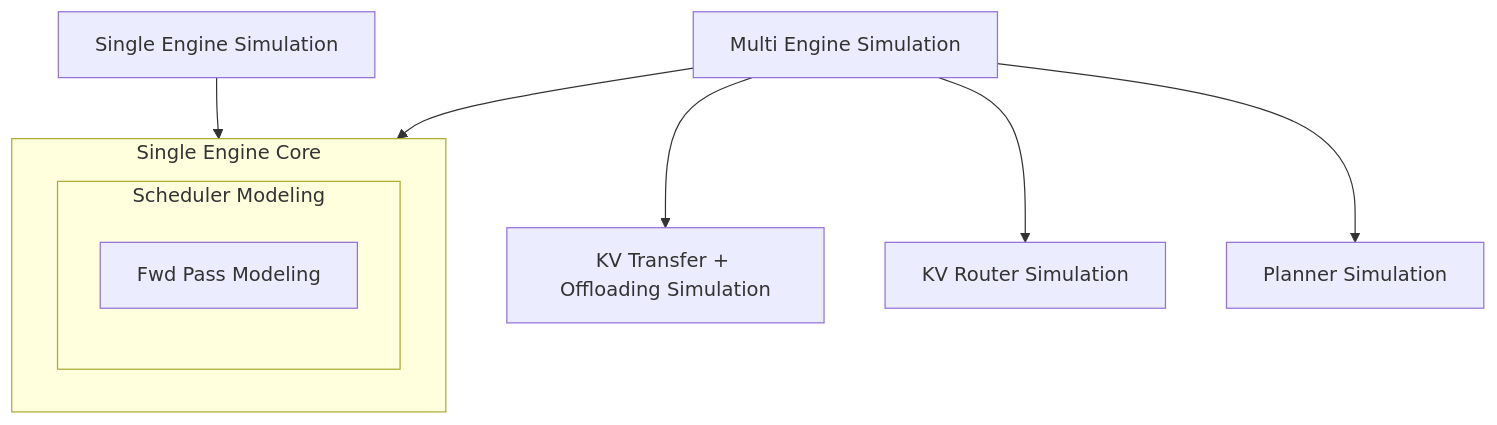
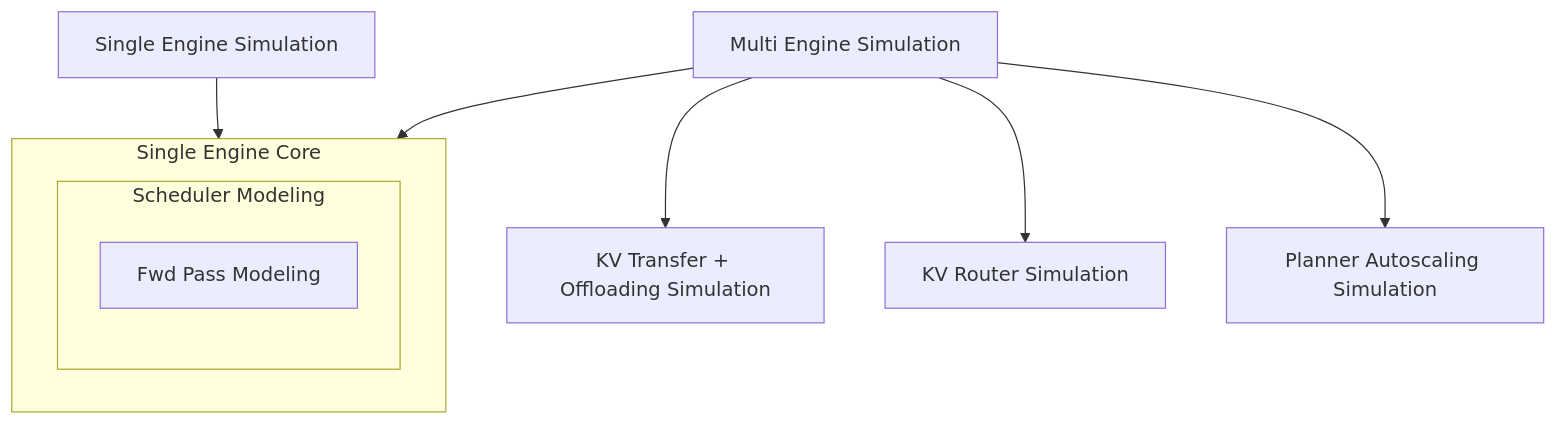
The first of 3 diagrams in docs/blogs/digital-twin-simulation/README.md (ai-dynamo/dynamo), drawn with Mermaid before and after one commit. The commit also changed other lines of this file, not shown here.

````diff
--- a/docs/blogs/digital-twin-simulation/README.md
+++ b/docs/blogs/digital-twin-simulation/README.md
@@ -67,22 +90,22 @@
 ```mermaid
 flowchart TD
     subgraph SEC[Single Engine Core]
         subgraph SCH[Scheduler Modeling]
             F[Fwd Pass Modeling]
         end
     end
 
     KV[KV Transfer + Offloading Simulation]
     KR[KV Router Simulation]
-    P[Planner Simulation]
+    P[Planner Autoscaling Simulation]
 
     SES[Single Engine Simulation]
     MES[Multi Engine Simulation]
 
     SES --> SEC
 
     MES --> SEC
     MES --> KV
     MES --> KR
     MES --> P
 ```
````
